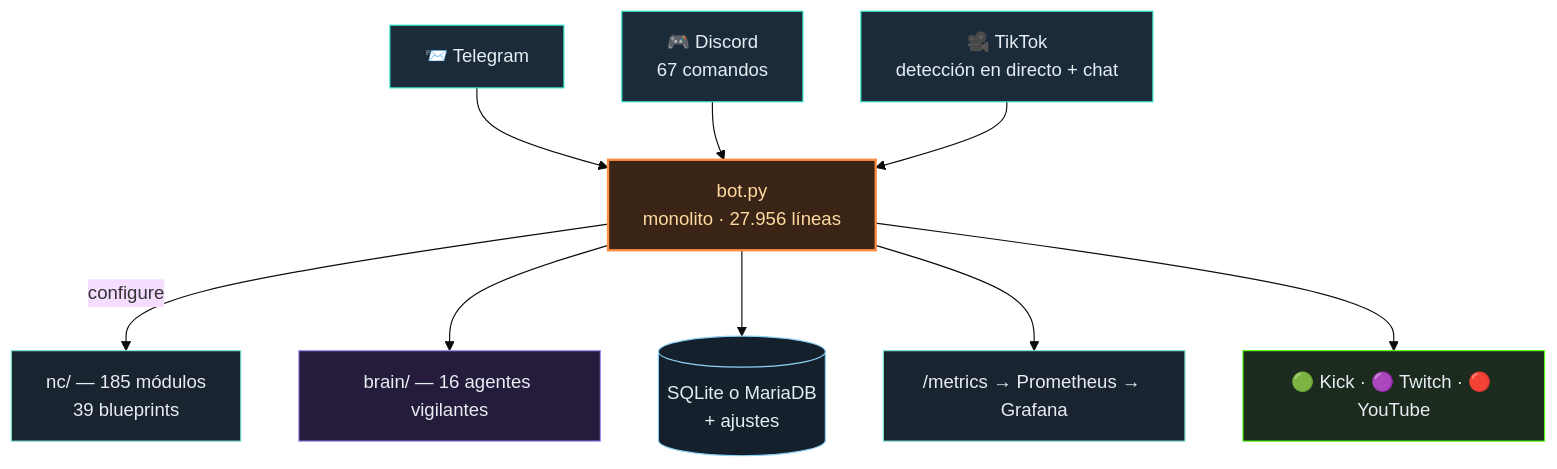
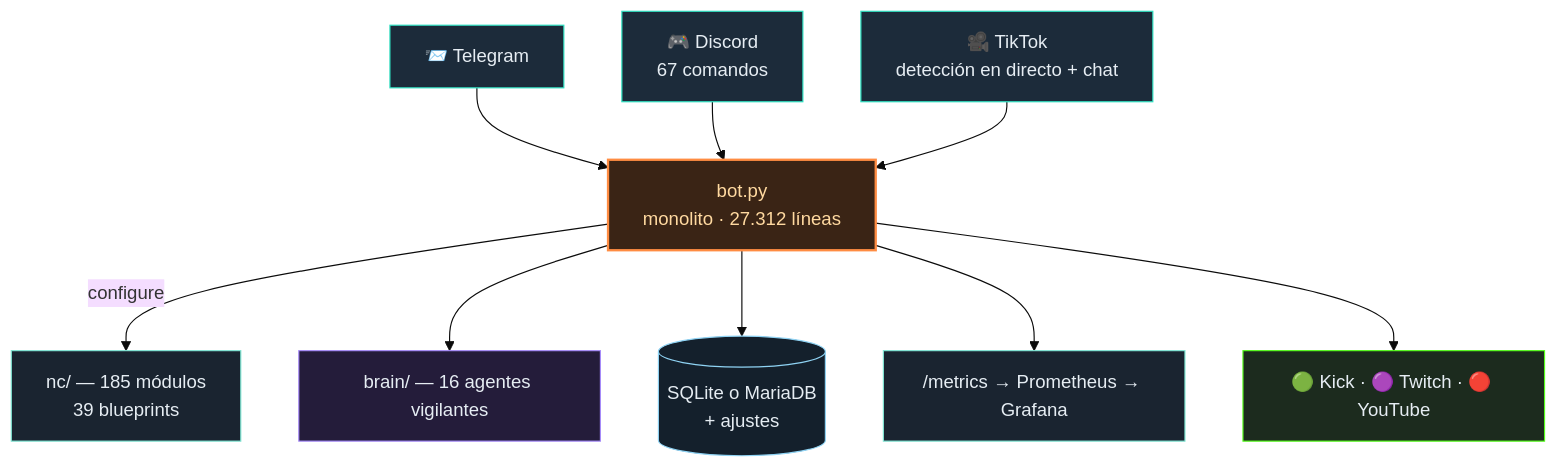
Before and after one commit to itsamemedev/Telegram-Stream-Info-Bot: the diagram in README.es.md, drawn with Mermaid (base theme). The commit also changed other lines of this file and 35 other files, not shown here.

````diff
--- a/README.es.md
+++ b/README.es.md
@@ -64,18 +64,18 @@
 ```mermaid
 flowchart TB
     TG["📨 Telegram"]:::ein --> BOT
     DC["🎮 Discord<br/>67 comandos"]:::ein --> BOT
     TT["🎥 TikTok<br/>detección en directo + chat"]:::ein --> BOT
-    BOT["bot.py<br/>monolito · 27.956 líneas"]:::core
+    BOT["bot.py<br/>monolito · 27.312 líneas"]:::core
     BOT -->|configure| NC["nc/ — 185 módulos<br/>39 blueprints"]:::lib
     BOT --> BRAIN["brain/ — 16 agentes vigilantes"]:::brain
     BOT --> DB[("SQLite o MariaDB<br/>+ ajustes")]:::db
     BOT --> PROM["/metrics → Prometheus → Grafana"]:::lib
     BOT --> OUT["🟢 Kick · 🟣 Twitch · 🔴 YouTube"]:::out
     classDef ein fill:#1c2b3a,stroke:#2de1c2,color:#e6edf3
     classDef core fill:#3a2415,stroke:#ff8c42,stroke-width:2px,color:#ffd9a0
     classDef lib fill:#1a2430,stroke:#7fe7d4,color:#e6edf3
     classDef brain fill:#241c3a,stroke:#a78bfa,color:#e6edf3
     classDef db fill:#14202c,stroke:#8fd3f4,color:#e6edf3
     classDef out fill:#1c2b1e,stroke:#53fc18,color:#e6edf3
 ```
````
